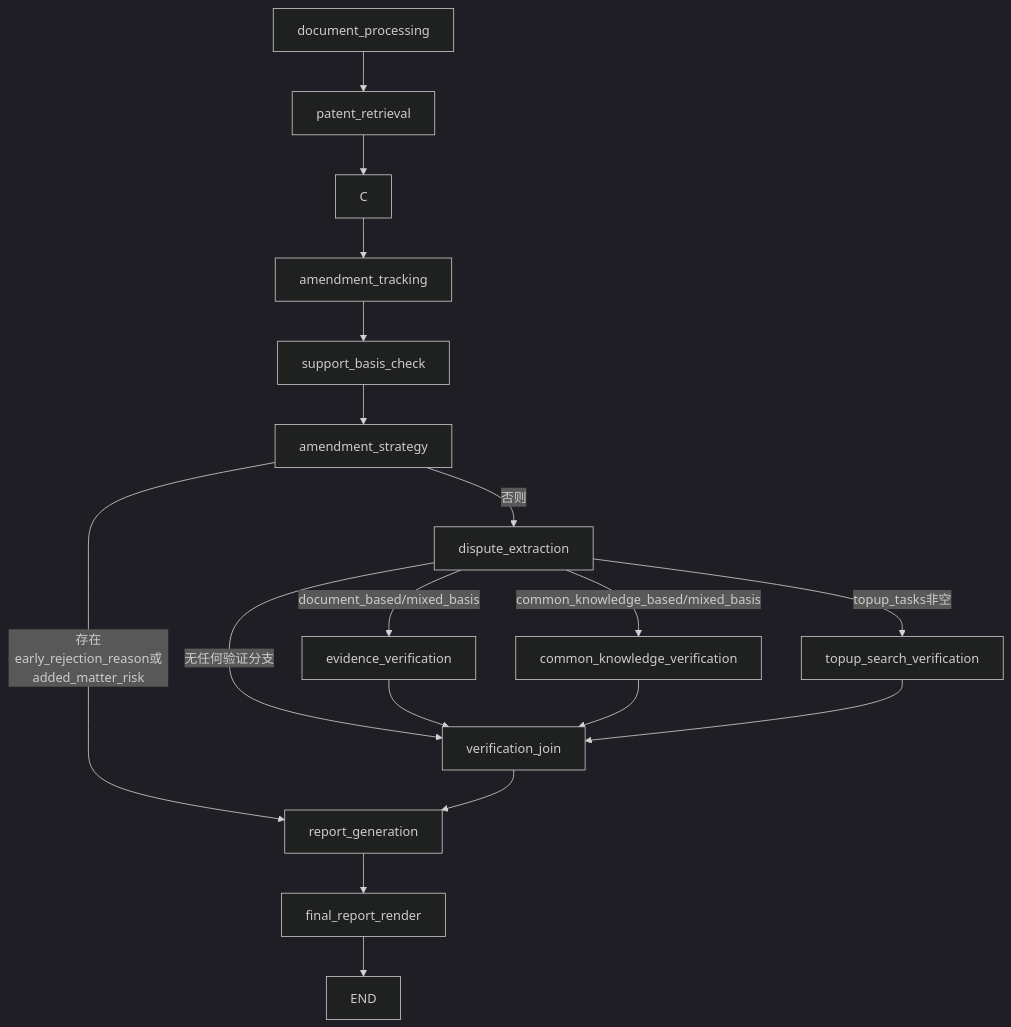
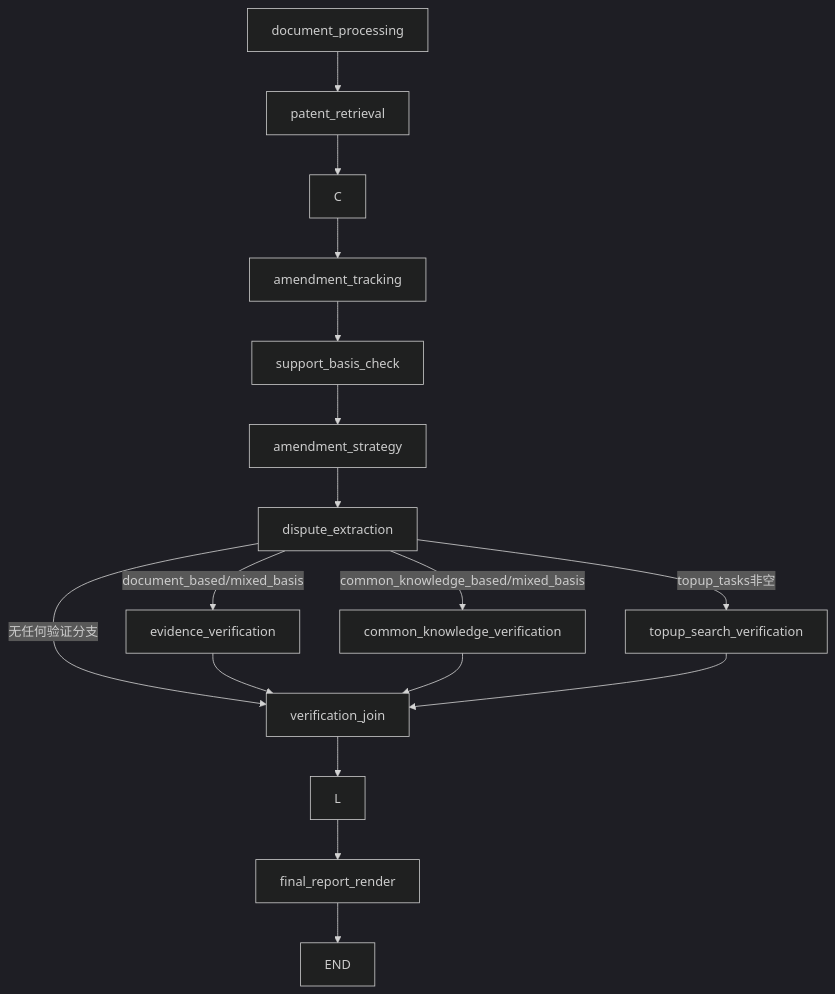
The diagram in agents/ai_reply/README.md (shixuev5/patent), drawn with Mermaid (dark theme) before and after one commit. The commit also changed other lines of this file and 8 other files, not shown here.

````diff
--- a/agents/ai_reply/README.md
+++ b/agents/ai_reply/README.md
@@ -53,20 +53,19 @@
 ```mermaid
 flowchart TD
     A[document_processing] --> B[patent_retrieval]
     B --> C
     C --> D[amendment_tracking]
     D --> E[support_basis_check]
     E --> F[amendment_strategy]
-    F -->|存在early_rejection_reason或added_matter_risk| L[report_generation]
-    F -->|否则| G[dispute_extraction]
+    F --> G[dispute_extraction]
     G -->|document_based/mixed_basis| H[evidence_verification]
     G -->|common_knowledge_based/mixed_basis| I[common_knowledge_verification]
     G -->|topup_tasks非空| J[topup_search_verification]
     G -->|无任何验证分支| K[verification_join]
     H --> K
     I --> K
     J --> K
     K --> L
     L --> M[final_report_render]
     M --> N[END]
 ```
````
